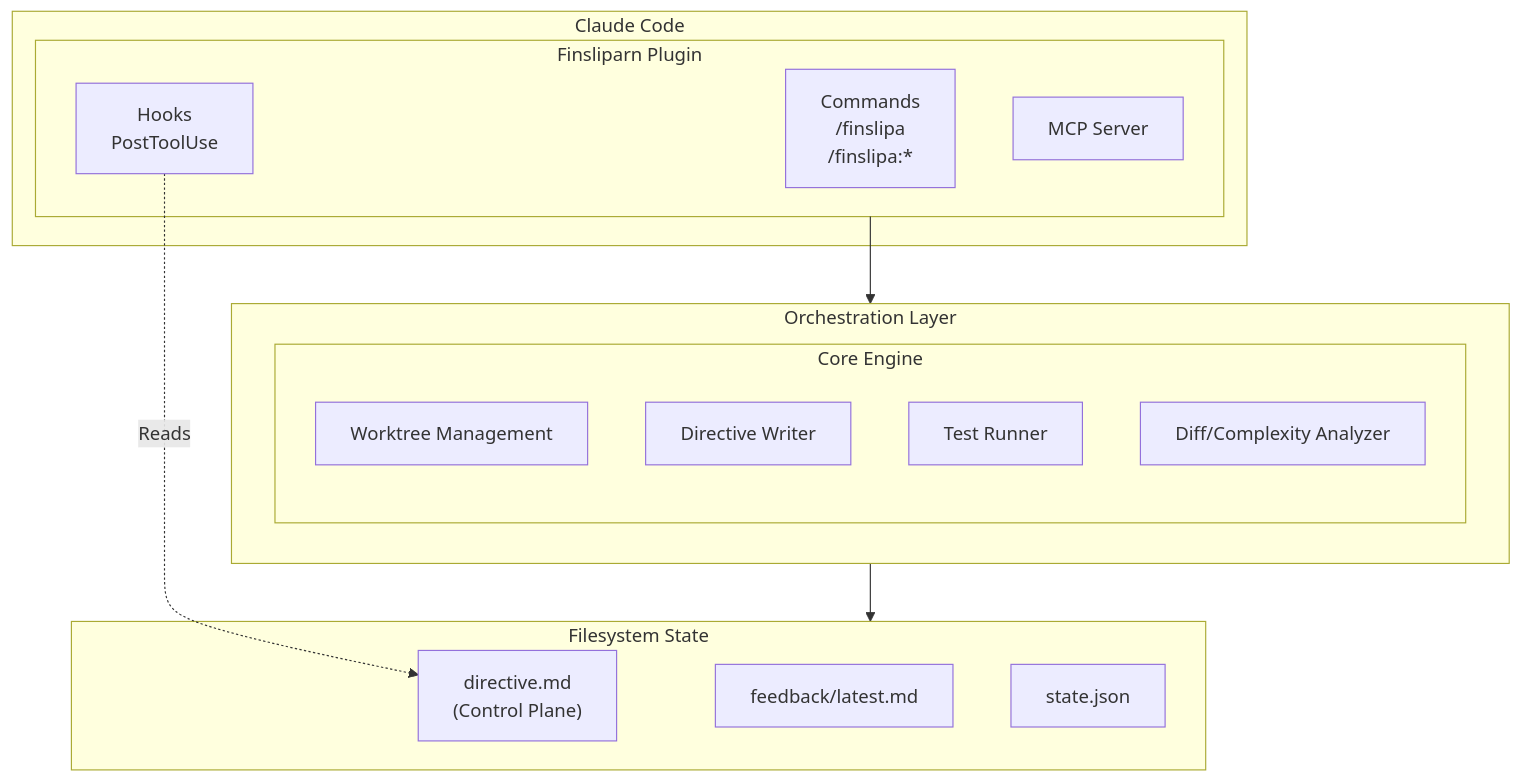
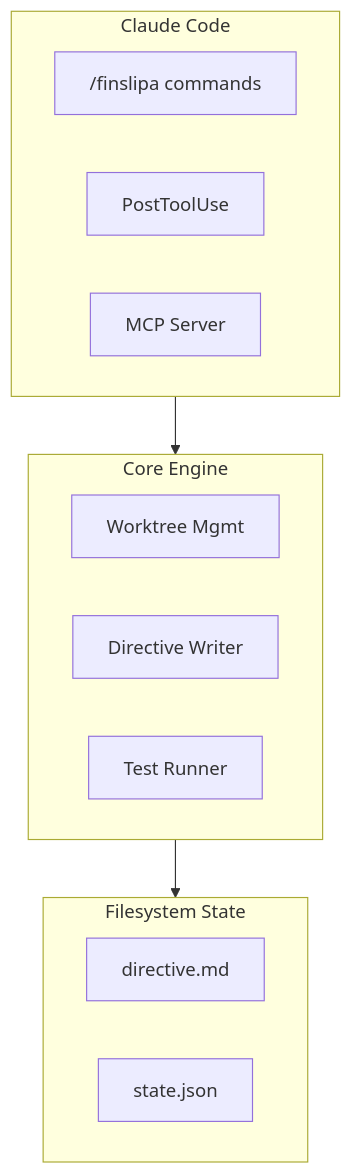
One commit to jgabor/finsliparn changed the first of 2 diagrams in docs/spec-cc.md. Above: the diagram before and after it, drawn with Mermaid. The commit also changed other lines of this file and 1 other file, not shown here.

First line of the commit message:
docs: streamline spec-cc.md to 447 lines, fix tool naming

````diff
--- a/docs/spec-cc.md
+++ b/docs/spec-cc.md
@@ -64,29 +39,21 @@
 ```mermaid
 graph TB
     subgraph ClaudeCode["Claude Code"]
-        subgraph Plugin["Finsliparn Plugin"]
-            Commands["Commands<br/>/finslipa<br/>/finslipa:*"]
-            Hooks["Hooks<br/>PostToolUse"]
-            MCP["MCP Server"]
-        end
+        Commands["/finslipa commands"]
+        Hooks["PostToolUse"]
+        MCP["MCP Server"]
     end
 
-    subgraph Orchestration["Orchestration Layer"]
-        subgraph Engine["Core Engine"]
-            Worktree["Worktree Management"]
-            Directive["Directive Writer"]
-            TestRunner["Test Runner"]
-            DiffAnalyzer["Diff/Complexity Analyzer"]
-        end
+    subgraph Engine["Core Engine"]
+        Worktree["Worktree Mgmt"]
+        Directive["Directive Writer"]
+        TestRunner["Test Runner"]
     end
 
-    subgraph Filesystem["Filesystem State"]
-        DirectiveFile["directive.md<br/>(Control Plane)"]
-        FeedbackFile["feedback/latest.md"]
+    subgraph State["Filesystem State"]
+        DirectiveFile["directive.md"]
         StateJson["state.json"]
     end
 
-    Plugin --> Orchestration
-    Orchestration --> Filesystem
-    Hooks -.->|"Reads"| DirectiveFile
+    ClaudeCode --> Engine --> State
 ```
````
